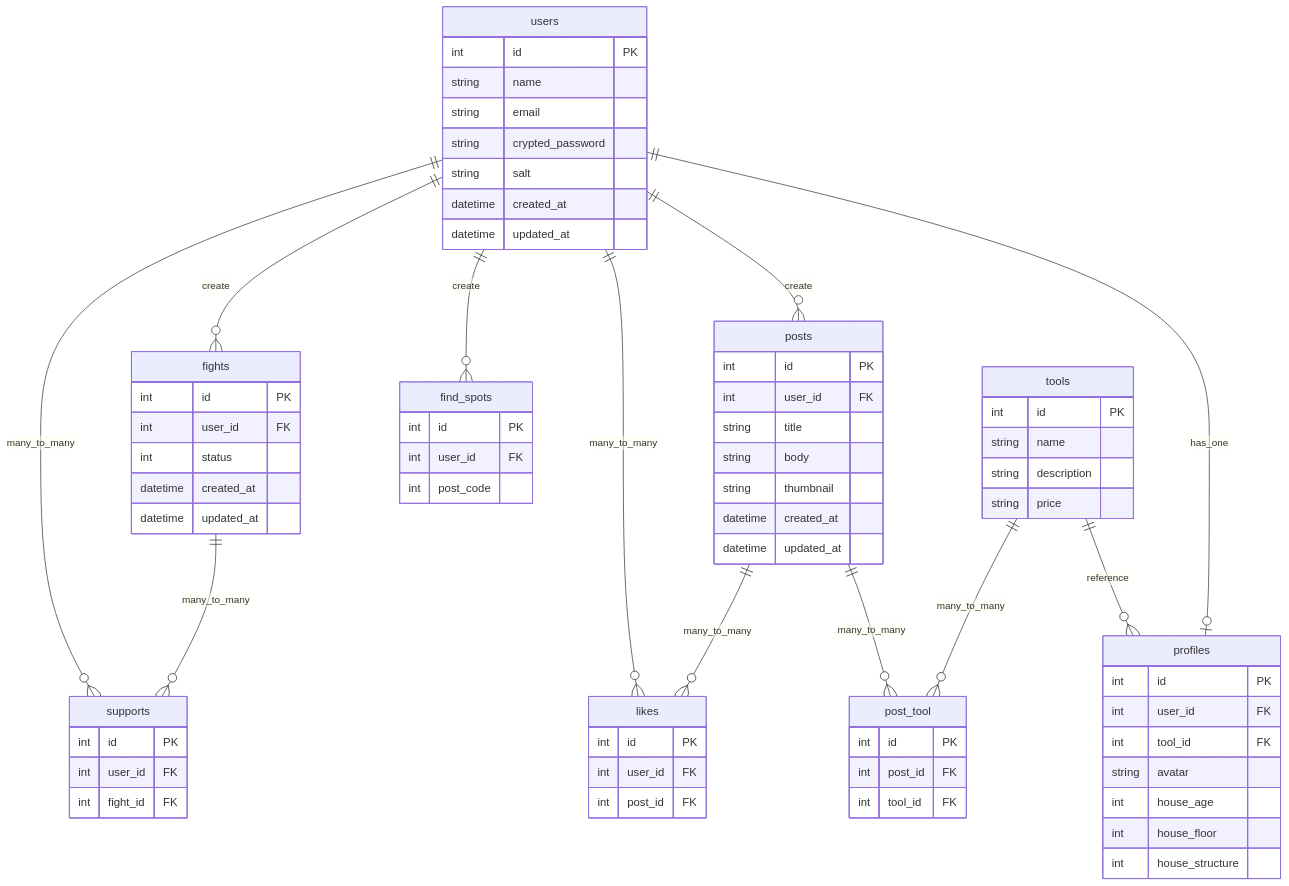
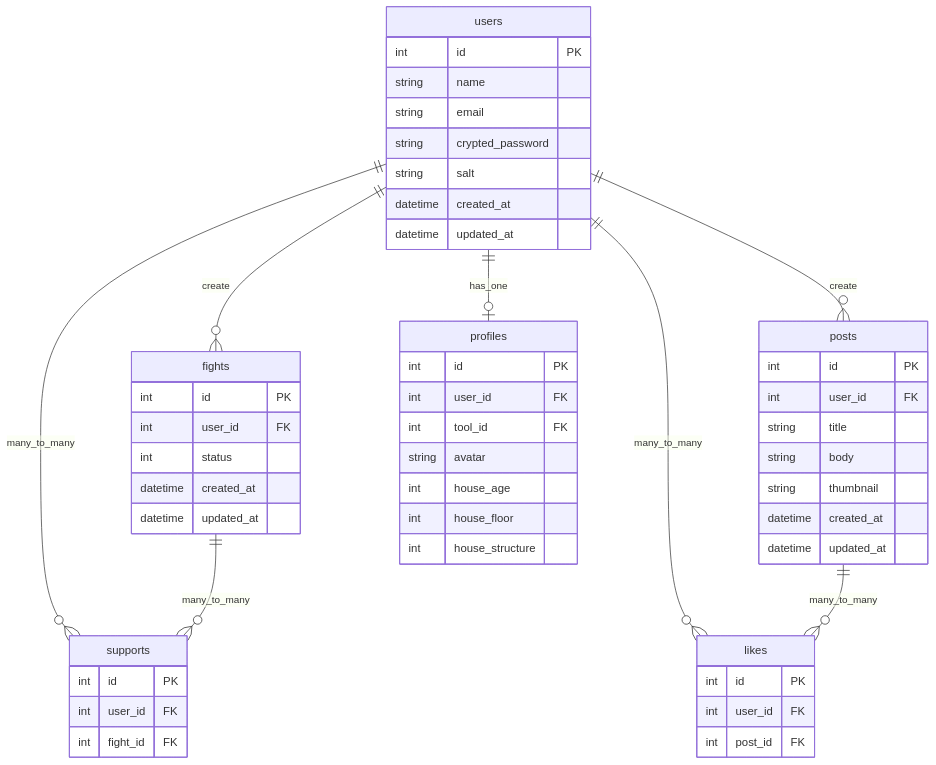
Before and after one commit to hagimoto0943/goki-network: the diagram in README.md, drawn with Mermaid. The commit also changed other lines of this file and 10 other files, not shown here.

````diff
--- a/README.md
+++ b/README.md
@@ -60,79 +66,59 @@
 ```mermaid
 erDiagram
 users ||--o{ fights : create
 users ||--o{ posts : create
 users ||--o{ likes : many_to_many
 users ||--o{ supports : many_to_many
 fights ||--o{ supports : many_to_many
-users ||--o{ find_spots : create
 posts ||--o{ likes : many_to_many
-tools || -- o{ profiles :  reference
-posts || --o{ post_tool : many_to_many
-tools || --o{ post_tool : many_to_many
 users ||--o| profiles : has_one
 
   users {
     int id PK
     string name
     string email
     string crypted_password
     string salt
     datetime created_at
     datetime updated_at
   }
   fights {
     int id PK
     int user_id FK
     int status
     datetime created_at
     datetime updated_at
   }
   profiles {
     int id PK
     int user_id FK
     int tool_id FK
     string avatar
     int house_age
     int house_floor
     int house_structure
   }
   posts {
     int id PK
     int user_id FK
     string title
     string body
     string thumbnail
     datetime created_at
     datetime updated_at
   }
 
   likes {
     int id PK
     int user_id FK
     int post_id FK
   }
 
   supports {
     int id PK
     int user_id FK
     int fight_id FK
   }
-  find_spots {
-    int id PK
-    int user_id FK
-    int post_code
-  }
-  tools {
-    int id PK
-    string name
-    string description
-    string price
-  }
-  post_tool {
-    int id  PK
-    int post_id FK
-    int tool_id FK
-  }
 
 
 ```
````
